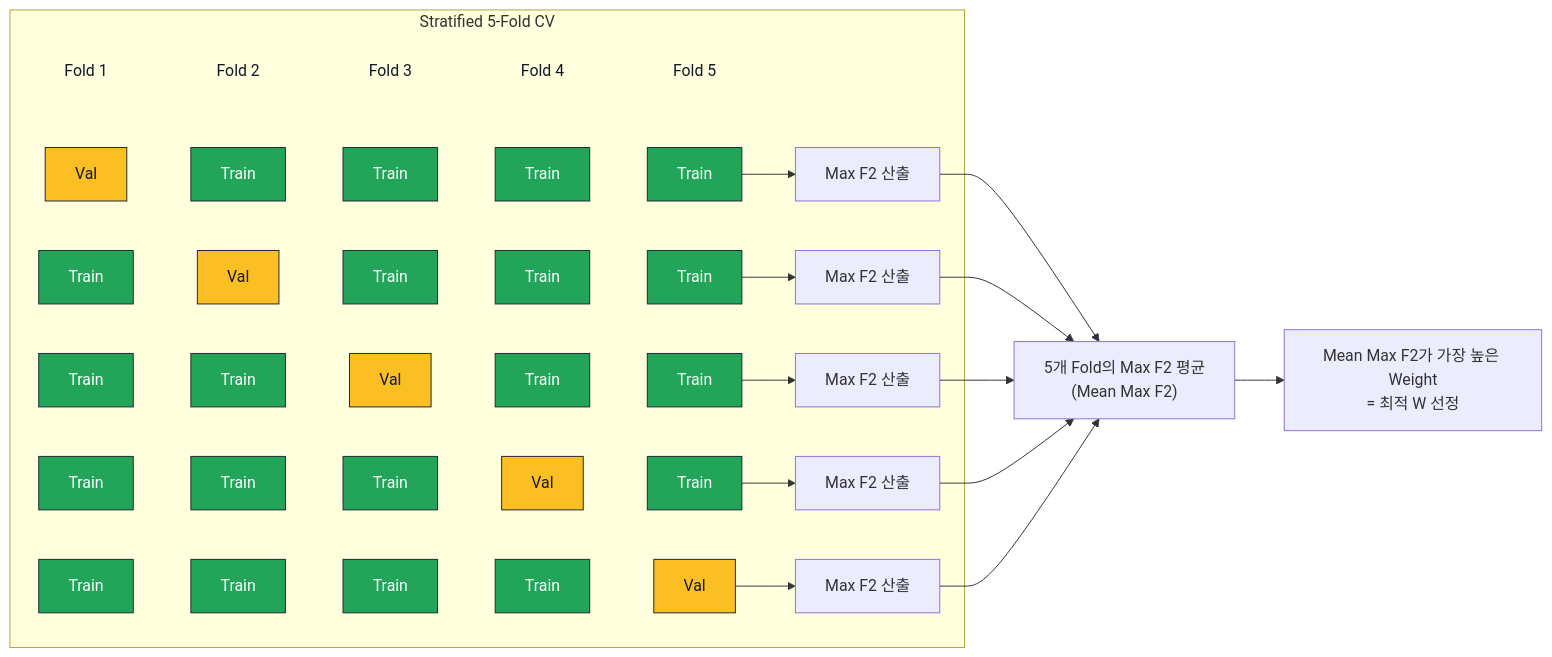
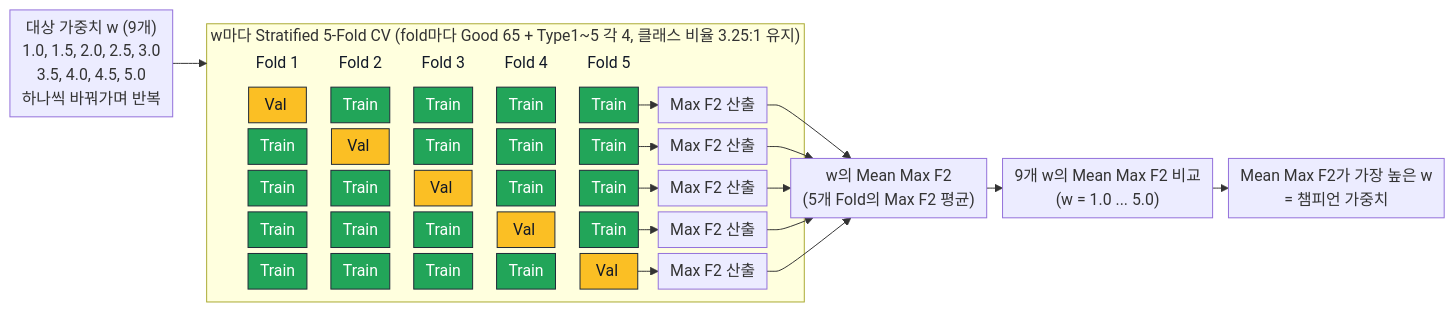
The second of 2 diagrams in docs/baseline.md (hmy7788/screw-defect-mes), drawn with Mermaid before and after one commit. The commit also changed other lines of this file, not shown here.

Commit message:
docs: baseline Grid Search 다이어그램을 가중치 반복 탐색 흐름으로 수정, 간격·칸 크기 정리
- 대상 가중치 w(1.0~5.0, 9개)를 노드로 추가하고 "하나씩 바꿔가며 반복 → w마다 5-Fold CV →
  w의 Mean Max F2 → 9개 w 비교 → 챔피언 가중치" 흐름으로 표현
- fold 구성(Good 65 + Type1~5 각 4, 비율 3.25:1)을 CV 박스 제목에 표기
- YAML 설정으로 노드·랭크 간격을 줄여 5×5 Fold 매트릭스를 촘촘하게 정리
- Val 칸을 Train 칸 너비에 맞춤 (렌더링 측정 59.7px / 59.5px)

````diff
--- a/docs/baseline.md
+++ b/docs/baseline.md
@@ -53,23 +53,32 @@
 ```mermaid
+---
+config:
+  flowchart:
+    nodeSpacing: 6
+    rankSpacing: 16
+    padding: 6
+---
 flowchart LR
-    subgraph CV["Stratified 5-Fold CV"]
+    W["대상 가중치 w (9개)<br/>1.0, 1.5, 2.0, 2.5, 3.0<br/>3.5, 4.0, 4.5, 5.0<br/>하나씩 바꿔가며 반복"] -----> CV
+    subgraph CV["w마다 Stratified 5-Fold CV (fold마다 Good 65 + Type1~5 각 4, 클래스 비율 3.25:1 유지)"]
         H1["Fold 1"] ~~~ H2["Fold 2"] ~~~ H3["Fold 3"] ~~~ H4["Fold 4"] ~~~ H5["Fold 5"] ~~~ HZ[" "]
-        A1["Val"] ~~~ A2["Train"] ~~~ A3["Train"] ~~~ A4["Train"] ~~~ A5["Train"] --> X1["Max F2 산출"]
-        B1["Train"] ~~~ B2["Val"] ~~~ B3["Train"] ~~~ B4["Train"] ~~~ B5["Train"] --> X2["Max F2 산출"]
-        C1["Train"] ~~~ C2["Train"] ~~~ C3["Val"] ~~~ C4["Train"] ~~~ C5["Train"] --> X3["Max F2 산출"]
-        D1["Train"] ~~~ D2["Train"] ~~~ D3["Train"] ~~~ D4["Val"] ~~~ D5["Train"] --> X4["Max F2 산출"]
-        E1["Train"] ~~~ E2["Train"] ~~~ E3["Train"] ~~~ E4["Train"] ~~~ E5["Val"] --> X5["Max F2 산출"]
+        A1["&nbsp;Val&nbsp;&nbsp;"] ~~~ A2["Train"] ~~~ A3["Train"] ~~~ A4["Train"] ~~~ A5["Train"] --> X1["Max F2 산출"]
+        B1["Train"] ~~~ B2["&nbsp;Val&nbsp;&nbsp;"] ~~~ B3["Train"] ~~~ B4["Train"] ~~~ B5["Train"] --> X2["Max F2 산출"]
+        C1["Train"] ~~~ C2["Train"] ~~~ C3["&nbsp;Val&nbsp;&nbsp;"] ~~~ C4["Train"] ~~~ C5["Train"] --> X3["Max F2 산출"]
+        D1["Train"] ~~~ D2["Train"] ~~~ D3["Train"] ~~~ D4["&nbsp;Val&nbsp;&nbsp;"] ~~~ D5["Train"] --> X4["Max F2 산출"]
+        E1["Train"] ~~~ E2["Train"] ~~~ E3["Train"] ~~~ E4["Train"] ~~~ E5["&nbsp;Val&nbsp;&nbsp;"] --> X5["Max F2 산출"]
     end
-    X1 --> MEAN["5개 Fold의 Max F2 평균<br/>(Mean Max F2)"]
+    X1 --> MEAN["w의 Mean Max F2<br/>(5개 Fold의 Max F2 평균)"]
     X2 --> MEAN
     X3 --> MEAN
     X4 --> MEAN
     X5 --> MEAN
-    MEAN --> BEST["Mean Max F2가 가장 높은 Weight<br/>= 최적 W 선정"]
+    MEAN --> CMP["9개 w의 Mean Max F2 비교<br/>(w = 1.0 ... 5.0)"]
+    CMP --> BEST["Mean Max F2가 가장 높은 w<br/>= 챔피언 가중치"]
     classDef val fill:#fbbf24,stroke:#1f2937,color:#111827
     classDef train fill:#22a559,stroke:#1f2937,color:#ffffff
     classDef head fill:none,stroke:none,color:#111827
     class A1,B2,C3,D4,E5 val
     class A2,A3,A4,A5,B1,B3,B4,B5,C1,C2,C4,C5,D1,D2,D3,D5,E1,E2,E3,E4 train
     class H1,H2,H3,H4,H5,HZ head
 ```
````
